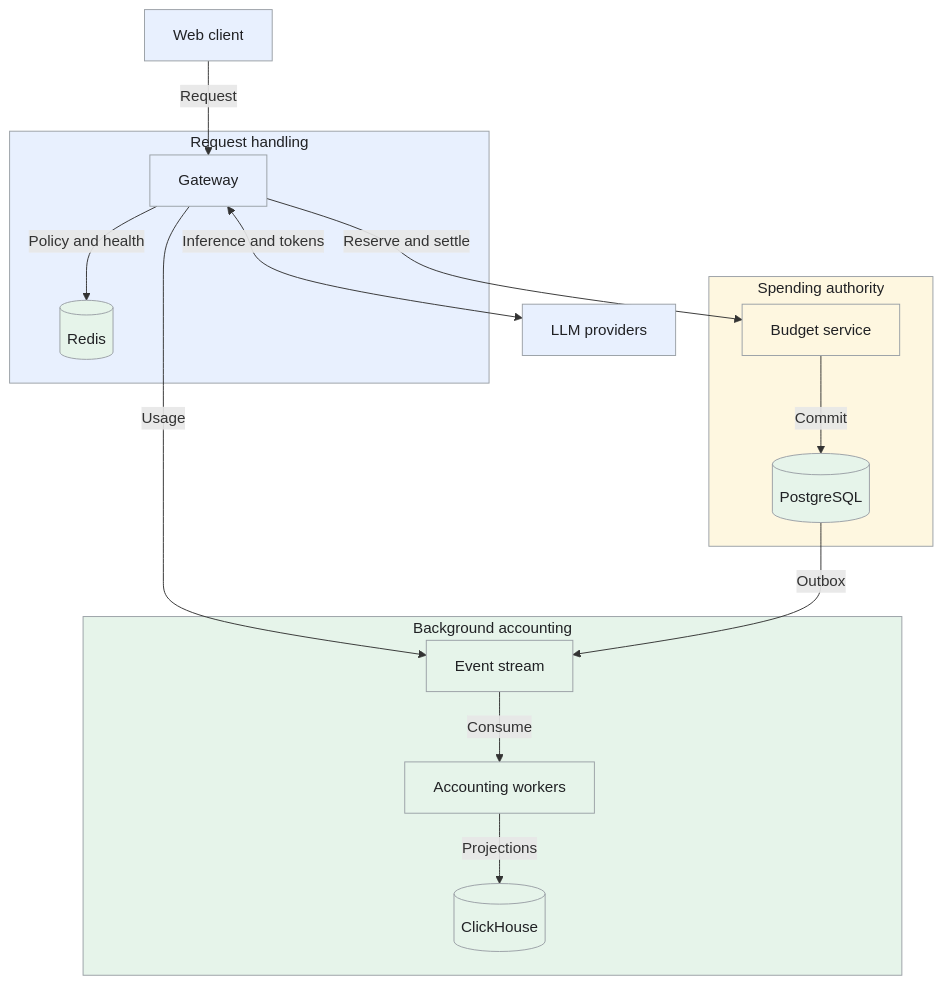
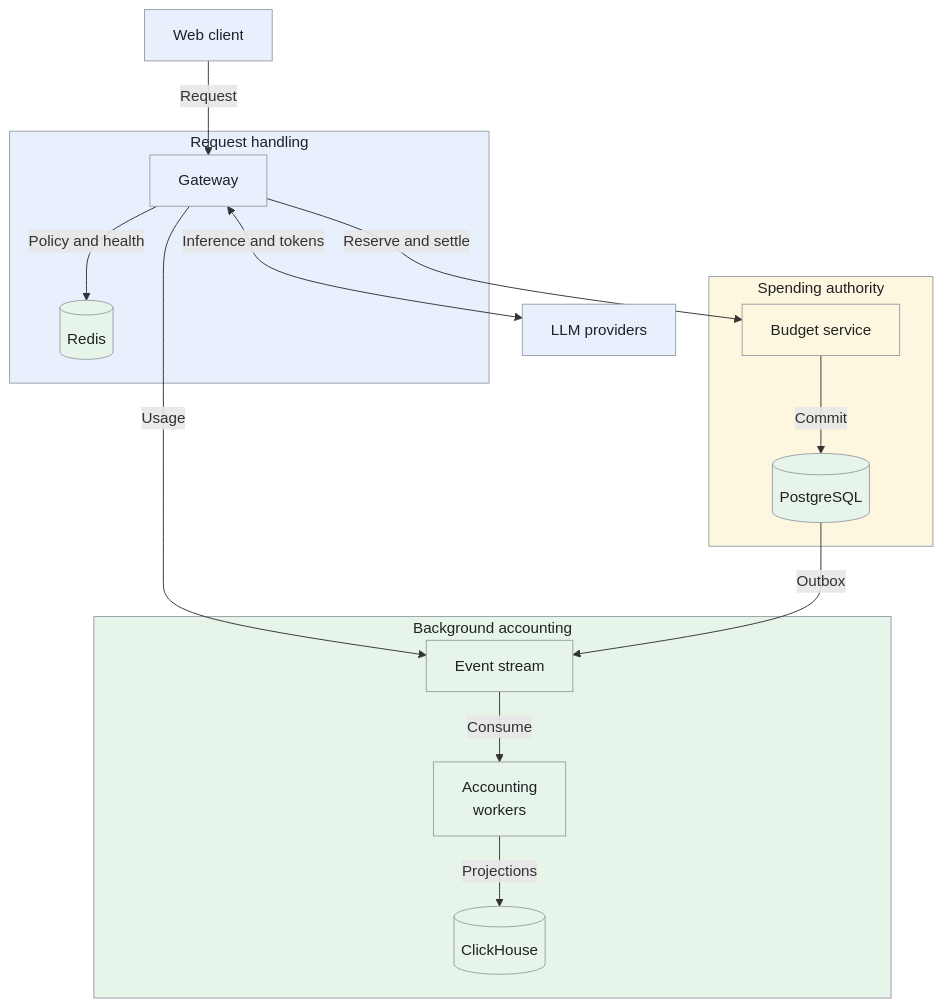
The first of 5 diagrams in _designs/system-design-openrouter.md (iliazlobin/iliazlobin.github.io), drawn with Mermaid before and after one commit. The commit also changed other lines of this file and 116 other files, not shown here.

````diff
--- a/_designs/system-design-openrouter.md
+++ b/_designs/system-design-openrouter.md
@@ -136,36 +136,36 @@
 ```mermaid
 flowchart TB
   C[Web client]
   U[LLM providers]
   subgraph Request["Request handling"]
     G[Gateway]
     R[(Redis)]
   end
   subgraph Spending["Spending authority"]
     B[Budget service]
     P[(PostgreSQL)]
   end
   subgraph Accounting["Background accounting"]
     E[Event stream]
     H[(ClickHouse)]
-    X[Accounting workers]
+    X["Accounting<br>workers"]
   end
   C -->|Request| G
   G -->|Policy and health| R
   G -->|Reserve and settle| B
   B -->|Commit| P
   G <-->|Inference and tokens| U
   G -->|Usage| E
   P -->|Outbox| E
   E -->|Consume| X
   X -->|Projections| H
   classDef request fill:#e8f0fe,stroke:#9aa0a6,color:#202124,stroke-width:1px
   classDef background fill:#e6f4ea,stroke:#9aa0a6,color:#202124,stroke-width:1px
   classDef control fill:#fef7e0,stroke:#9aa0a6,color:#202124,stroke-width:1px
   class C,G,U request
   class R,P,E,H,X background
   class B control
   style Request fill:#e8f0fe,stroke:#9aa0a6,color:#202124,stroke-width:1px
   style Spending fill:#fef7e0,stroke:#9aa0a6,color:#202124,stroke-width:1px
   style Accounting fill:#e6f4ea,stroke:#9aa0a6,color:#202124,stroke-width:1px
 ```
````
